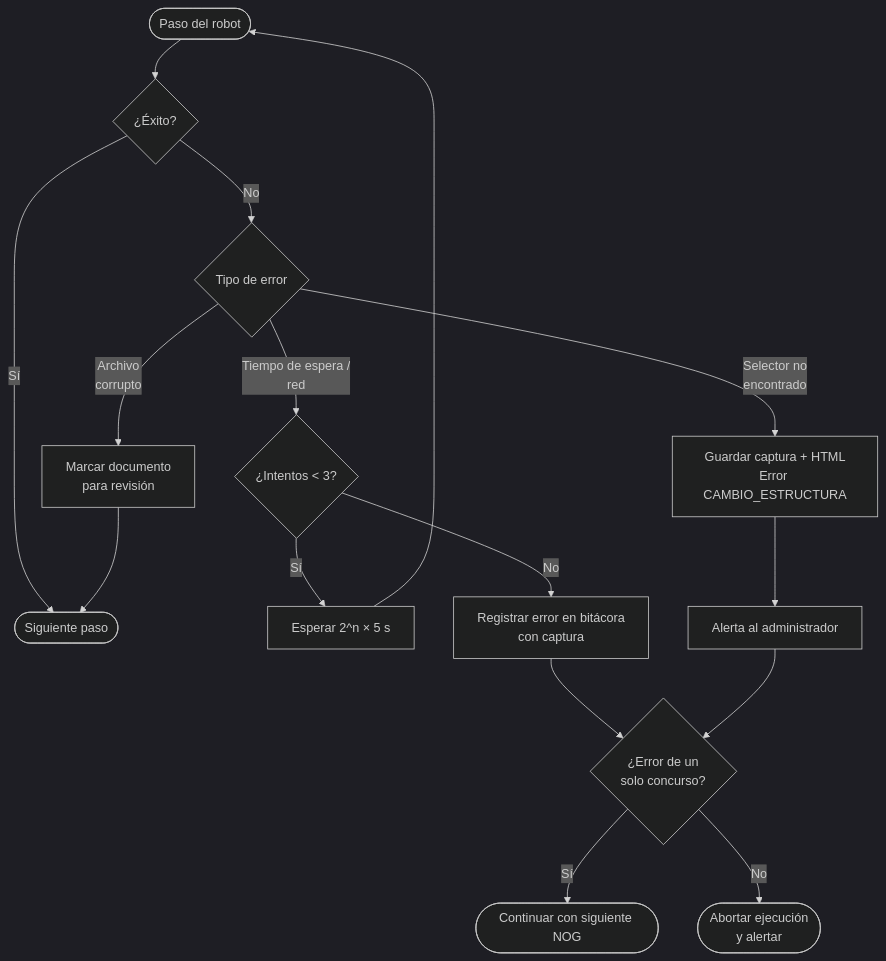
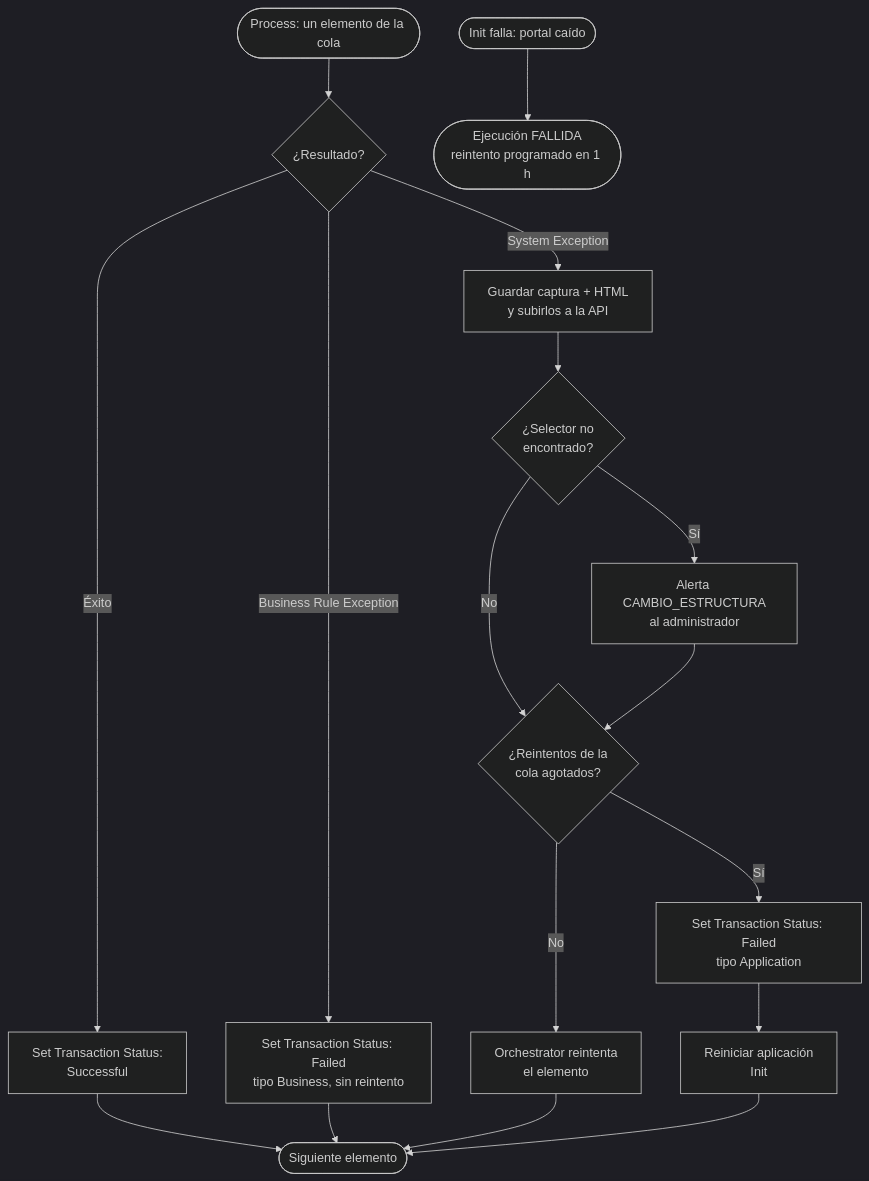
Before and after one commit to DenisArango/GuateComprasRPA: the seventh of 8 diagrams in docs/06-diagramas.md, drawn with Mermaid (dark theme). The commit also changed other lines of this file and 776 other files, not shown here.

````diff
--- a/docs/06-diagramas.md
+++ b/docs/06-diagramas.md
@@ -199,17 +212,16 @@
 ```mermaid
 flowchart TD
-    S([Paso del robot]) --> T{¿Éxito?}
-    T -- Sí --> N([Siguiente paso])
-    T -- No --> C{Tipo de error}
-    C -- "Tiempo de espera /<br/>red" --> R{¿Intentos < 3?}
-    R -- Sí --> W[Esperar 2^n × 5 s] --> S
-    R -- No --> F
-    C -- "Selector no<br/>encontrado" --> E[Guardar captura + HTML<br/>Error CAMBIO_ESTRUCTURA]
-    E --> AL[Alerta al administrador]
-    C -- "Archivo<br/>corrupto" --> M[Marcar documento<br/>para revisión]
-    M --> N
-    F[Registrar error en bitácora<br/>con captura] --> X{¿Error de un<br/>solo concurso?}
-    X -- Sí --> N2([Continuar con siguiente NOG])
-    X -- No --> AB([Abortar ejecución<br/>y alertar])
-    AL --> X
+    S([Process: un elemento de la cola]) --> T{¿Resultado?}
+    T -- Éxito --> OK[Set Transaction Status:<br/>Successful]
+    T -- Business Rule Exception --> BR[Set Transaction Status: Failed<br/>tipo Business, sin reintento]
+    T -- System Exception --> EV[Guardar captura + HTML<br/>y subirlos a la API]
+    EV --> CE{¿Selector no<br/>encontrado?}
+    CE -- Sí --> AL[Alerta CAMBIO_ESTRUCTURA<br/>al administrador]
+    CE -- No --> R
+    AL --> R{¿Reintentos de la<br/>cola agotados?}
+    R -- No --> RQ[Orchestrator reintenta<br/>el elemento]
+    R -- Sí --> FS[Set Transaction Status: Failed<br/>tipo Application]
+    FS --> RS[Reiniciar aplicación<br/>Init]
+    OK & BR & RQ & RS --> N([Siguiente elemento])
+    I([Init falla: portal caído]) --> F([Ejecución FALLIDA<br/>reintento programado en 1 h])
 ```
````
